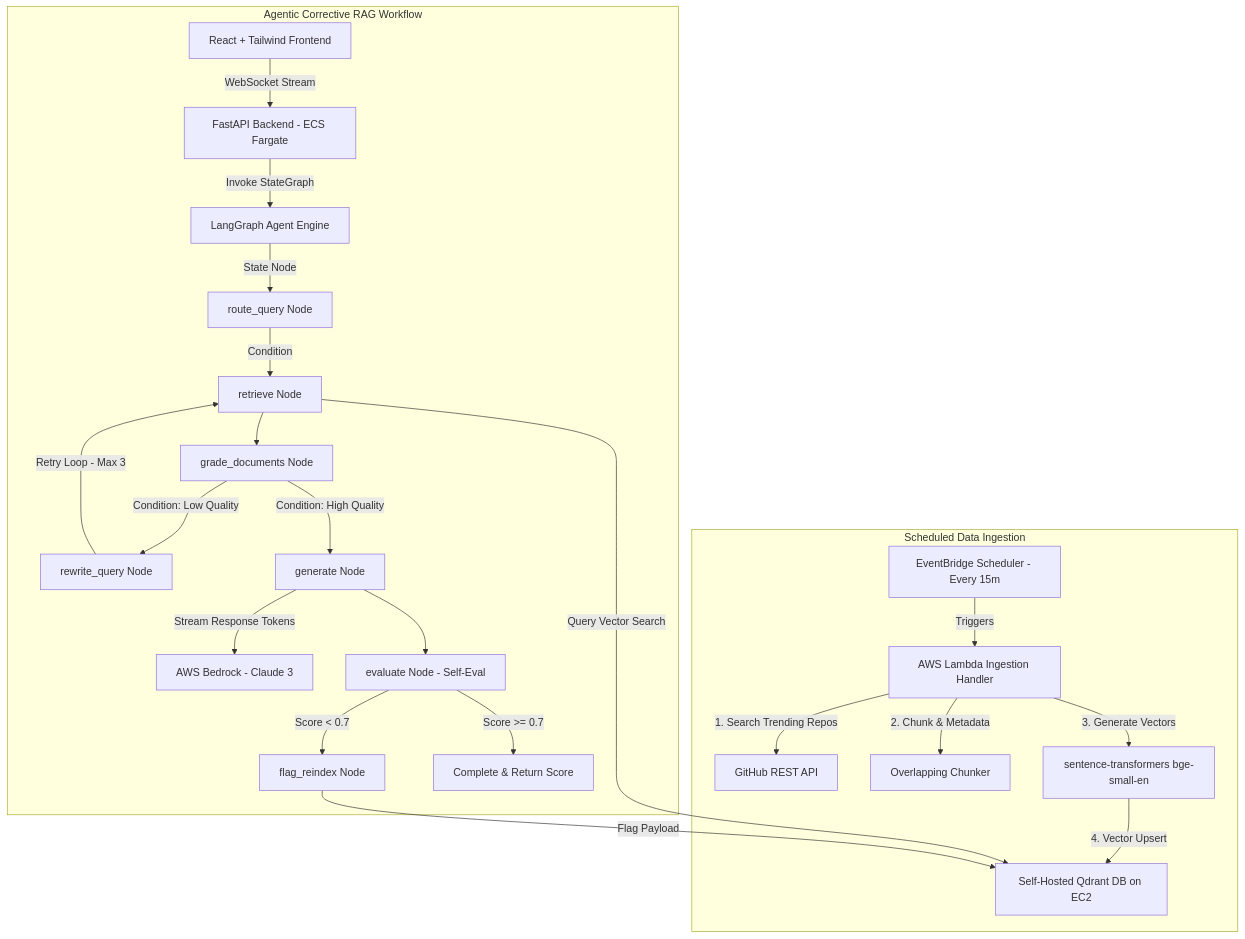
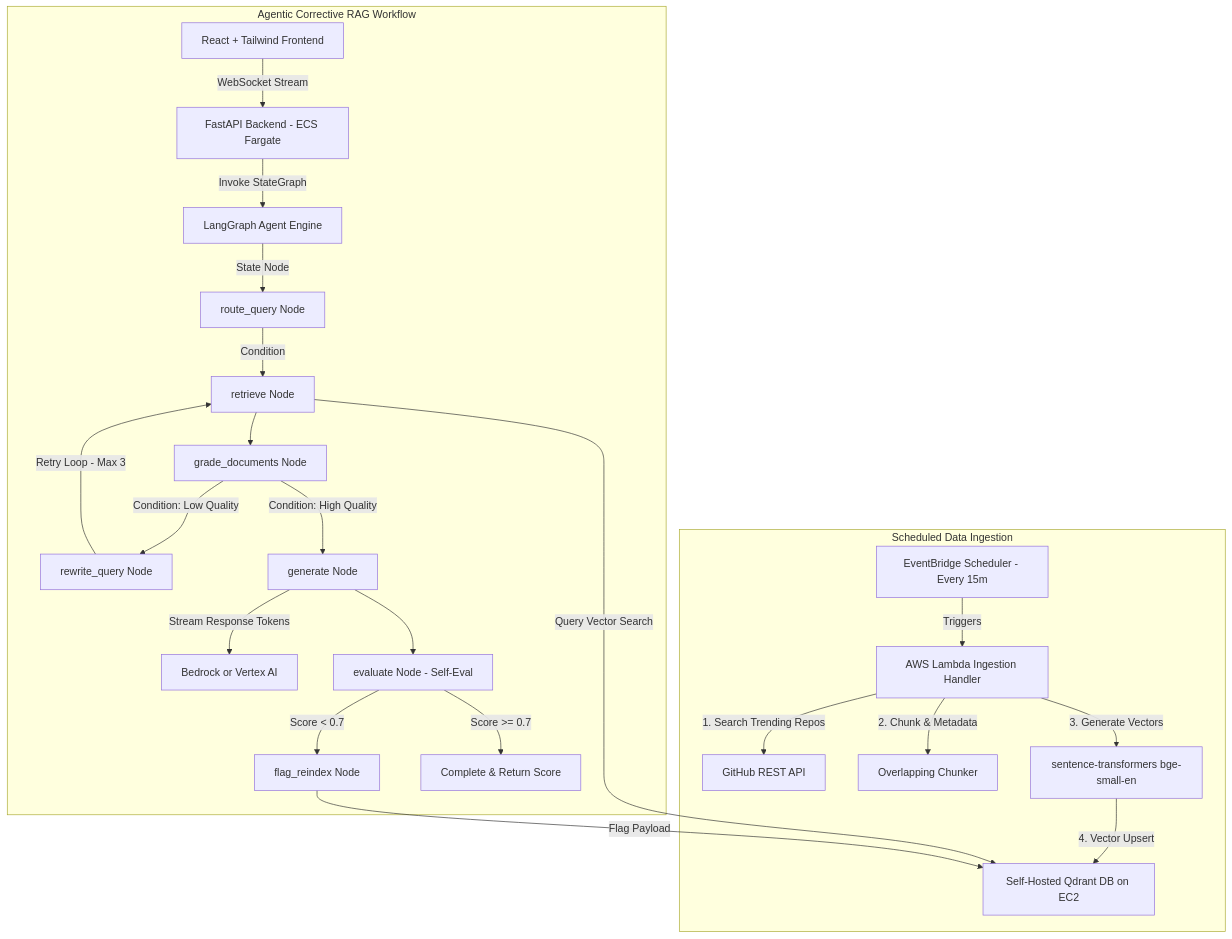
One commit to varmaleena/-agentic-rag-github-trending changed the diagram in docs/architecture.md. Above: the diagram before and after it, drawn with Mermaid. The commit also changed other lines of this file and 30 other files, not shown here.

````diff
--- a/docs/architecture.md
+++ b/docs/architecture.md
@@ -9,31 +9,31 @@
 ```mermaid
 graph TD
     subgraph Scheduled Data Ingestion
         EB[EventBridge Scheduler - Every 15m] -->|Triggers| L1[AWS Lambda Ingestion Handler]
         L1 -->|1. Search Trending Repos| GH[GitHub REST API]
         L1 -->|2. Chunk & Metadata| CH[Overlapping Chunker]
         L1 -->|3. Generate Vectors| EMB[sentence-transformers bge-small-en]
         EMB -->|4. Vector Upsert| QD[Self-Hosted Qdrant DB on EC2]
     end
 
     subgraph Agentic Corrective RAG Workflow
         UI[React + Tailwind Frontend] -->|WebSocket Stream| API[FastAPI Backend - ECS Fargate]
         API -->|Invoke StateGraph| LG[LangGraph Agent Engine]
         
         LG -->|State Node| RN[route_query Node]
         RN -->|Condition| RET[retrieve Node]
         RET -->|Query Vector Search| QD
         
         RET --> GD[grade_documents Node]
         GD -->|Condition: Low Quality| RW[rewrite_query Node]
         RW -->|Retry Loop - Max 3| RET
         
         GD -->|Condition: High Quality| GEN[generate Node]
-        GEN -->|Stream Response Tokens| BDR[AWS Bedrock - Claude 3]
+        GEN -->|Stream Response Tokens| BDR[Bedrock or Vertex AI]
         GEN --> EVAL[evaluate Node - Self-Eval]
         
         EVAL -->|Score < 0.7| FLG[flag_reindex Node]
         FLG -->|Flag Payload| QD
         EVAL -->|Score >= 0.7| END[Complete & Return Score]
     end
 ```
````
